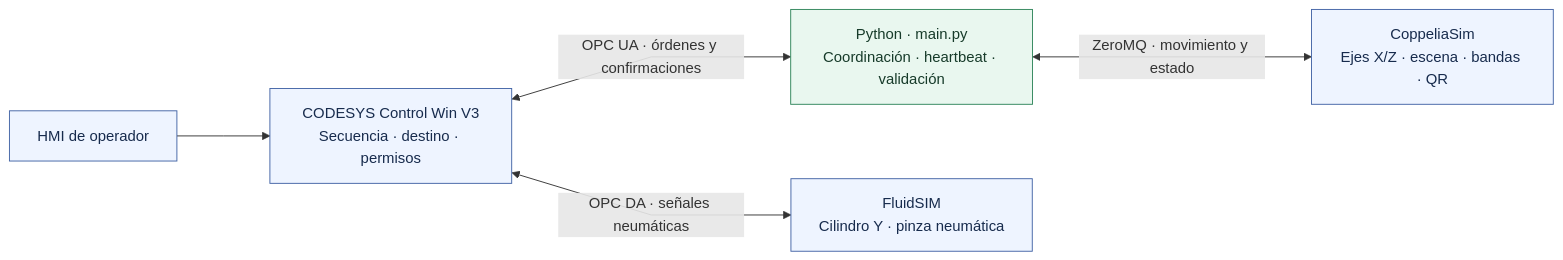
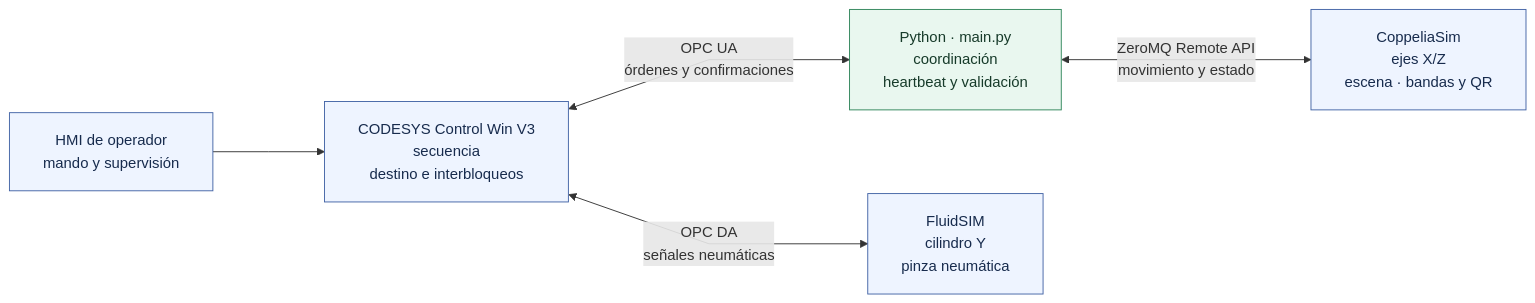
Before and after one commit to GinnethRubio/Mini-ASRS: the first of 2 diagrams in README.md, drawn with Mermaid. The commit also changed other lines of this file and 2 other files, not shown here.

Commit message:
Prevent diagram labels from clipping

````diff
--- a/README.md
+++ b/README.md
@@ -24,14 +24,14 @@
 ```mermaid
-%%{init: {"flowchart": {"htmlLabels": true, "nodeSpacing": 80, "rankSpacing": 100, "curve": "linear"}}}%%
+%%{init: {"flowchart": {"htmlLabels": true, "nodeSpacing": 90, "rankSpacing": 120, "curve": "linear", "padding": 18}}}%%
 flowchart LR
-    HMI["HMI de operador"] --> PLC["CODESYS Control Win V3<br/>Secuencia · destino · permisos"]
-    PLC <-->|"OPC UA · órdenes y confirmaciones"| PY["Python · main.py<br/>Coordinación · heartbeat · validación"]
-    PY <-->|"ZeroMQ · movimiento y estado"| SIM["CoppeliaSim<br/>Ejes X/Z · escena · bandas · QR"]
-    PLC <-->|"OPC DA · señales neumáticas"| FS["FluidSIM<br/>Cilindro Y · pinza neumática"]
+    HMI["HMI de operador<br/>mando y supervisión"] --> PLC["CODESYS Control Win V3<br/>secuencia<br/>destino e interbloqueos"]
+    PLC <-->|"OPC UA<br/>órdenes y confirmaciones"| PY["Python · main.py<br/>coordinación<br/>heartbeat y validación"]
+    PY <-->|"ZeroMQ Remote API<br/>movimiento y estado"| SIM["CoppeliaSim<br/>ejes X/Z<br/>escena · bandas y QR"]
+    PLC <-->|"OPC DA<br/>señales neumáticas"| FS["FluidSIM<br/>cilindro Y<br/>pinza neumática"]
 
     classDef external fill:#eef4ff,stroke:#4263a5,color:#172b4d;
     classDef app fill:#e9f7ef,stroke:#2f855a,color:#173b2a;
     class HMI,PLC,FS,SIM external;
     class PY app;
 
 ```
````
